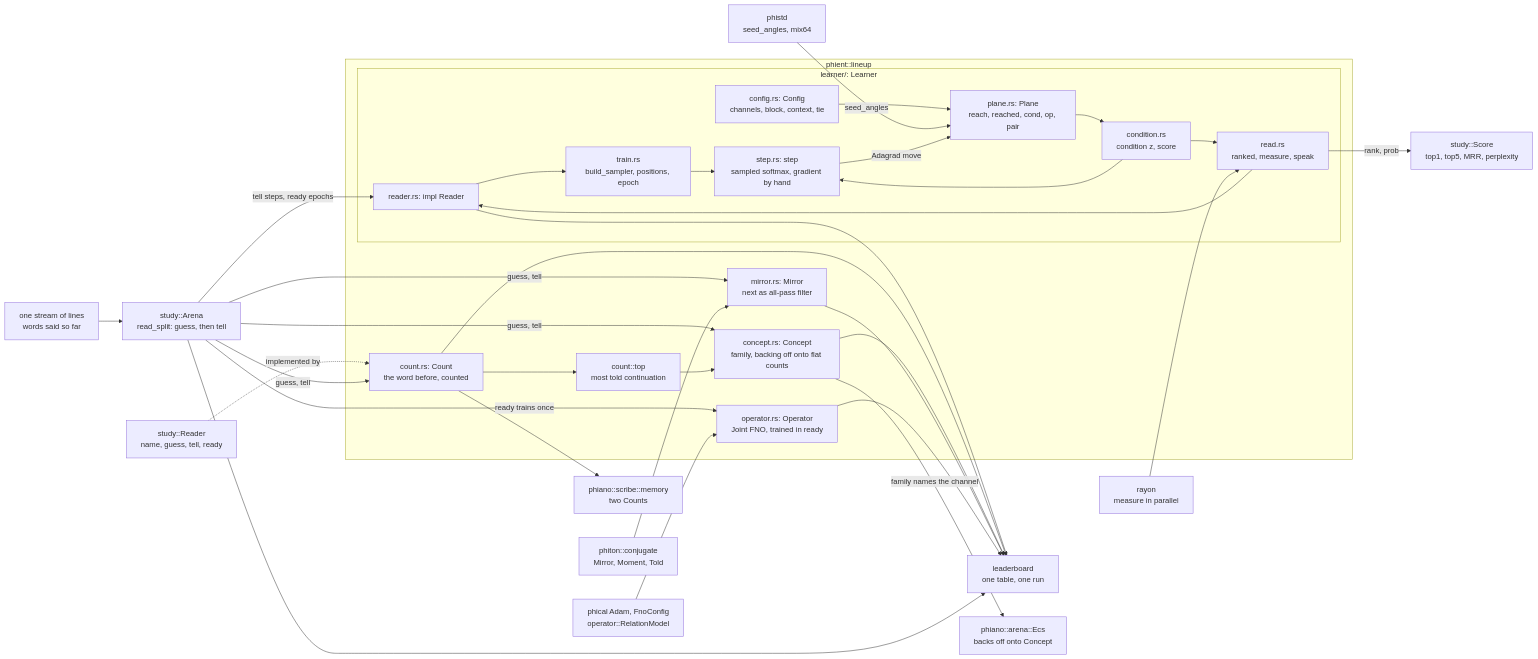
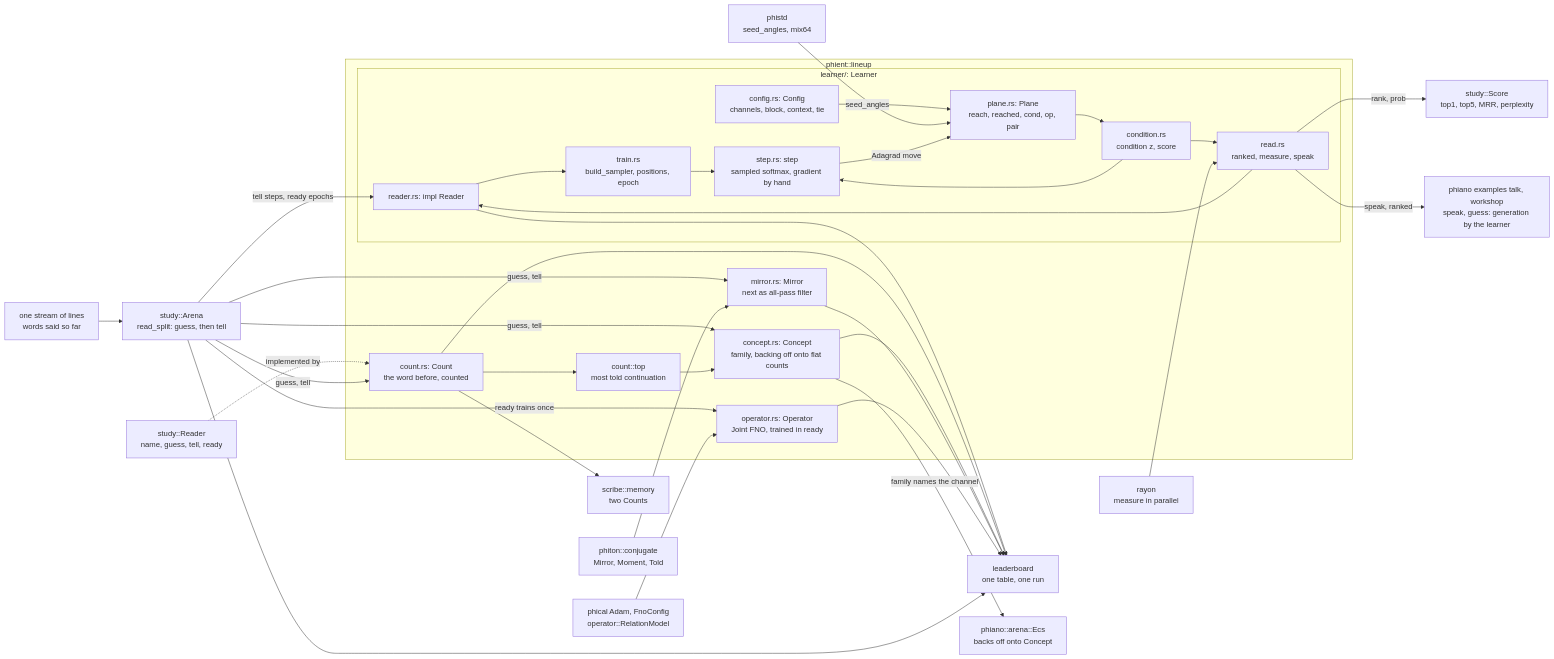
One commit to gemphi/phinet changed the diagram in docs/phient/lineup.md. Above: the diagram before and after it, drawn with Mermaid. The commit also changed 111 other files, not shown here.

````diff
--- a/docs/phient/lineup.md
+++ b/docs/phient/lineup.md
@@ -3,63 +3,65 @@
 ```mermaid
 graph LR
     Stream["one stream of lines<br/>words said so far"]
     Study["study::Arena<br/>read_split: guess, then tell"]
     ReaderT["study::Reader<br/>name, guess, tell, ready"]
     Phical["phiton::conjugate<br/>Mirror, Moment, Told"]
     Fno["phical Adam, FnoConfig<br/>operator::RelationModel"]
     Phistd["phistd<br/>seed_angles, mix64"]
     Rayon["rayon<br/>measure in parallel"]
     ScoreT["study::Score<br/>top1, top5, MRR, perplexity"]
 
     subgraph lineup["phient::lineup"]
         Count["count.rs: Count<br/>the word before, counted"]
         Top["count::top<br/>most told continuation"]
         Concept["concept.rs: Concept<br/>family, backing off onto flat counts"]
         Mirror["mirror.rs: Mirror<br/>next as all-pass filter"]
         Operator["operator.rs: Operator<br/>Joint FNO, trained in ready"]
         subgraph learner["learner/: Learner"]
             LConfig["config.rs: Config<br/>channels, block, context, tie"]
             Plane["plane.rs: Plane<br/>reach, reached, cond, op, pair"]
             Condition["condition.rs<br/>condition z, score"]
             Step["step.rs: step<br/>sampled softmax, gradient by hand"]
             Train["train.rs<br/>build_sampler, positions, epoch"]
             Read["read.rs<br/>ranked, measure, speak"]
             LReader["reader.rs: impl Reader"]
         end
     end
 
     Board["leaderboard<br/>one table, one run"]
     Ecs["phiano::arena::Ecs<br/>backs off onto Concept"]
-    Scribe["phiano::scribe::memory<br/>two Counts"]
+    Scribe["scribe::memory<br/>two Counts"]
+    Talk["phiano examples talk, workshop<br/>speak, guess: generation by the learner"]
 
     Stream --> Study
     ReaderT -.->|"implemented by"| Count
     Study -->|"guess, tell"| Count
     Study -->|"guess, tell"| Concept
     Study -->|"guess, tell"| Mirror
     Study -->|"ready trains once"| Operator
     Study -->|"tell steps, ready epochs"| LReader
     Count --> Top
     Top --> Concept
     Concept -->|"family names the channel"| Ecs
     Phical --> Mirror
     Fno --> Operator
     LConfig --> Plane
     Phistd -->|"seed_angles"| Plane
     LReader --> Train
     Train --> Step
     Plane --> Condition
     Condition --> Step
     Step -->|"Adagrad move"| Plane
     Condition --> Read
     Rayon --> Read
     Read -->|"rank, prob"| ScoreT
     Read --> LReader
+    Read -->|"speak, ranked"| Talk
     Count --> Board
     Concept --> Board
     Mirror --> Board
     Operator --> Board
     LReader --> Board
     Study --> Board
     Count --> Scribe
 ```
````
